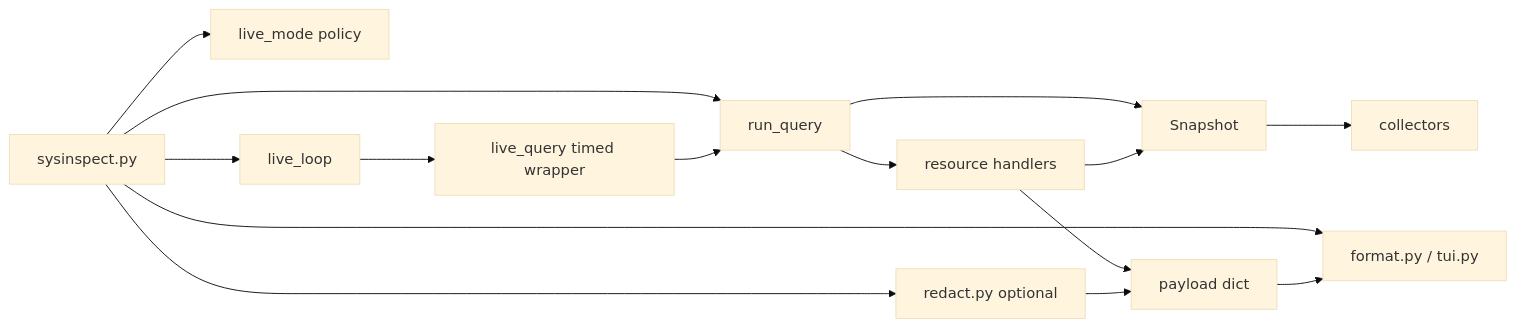
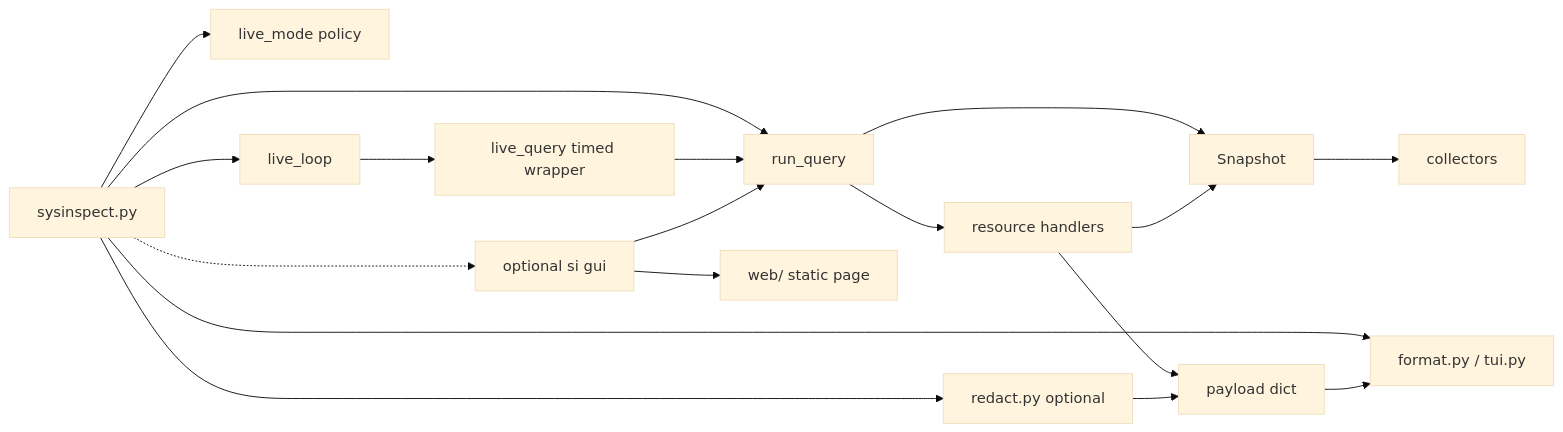
The diagram in ARCHITECTURE.md (nnapkin12/System-Inspector), drawn with Mermaid (base theme) before and after one commit. The commit also changed other lines of this file and 20 other files, not shown here.

````diff
--- a/ARCHITECTURE.md
+++ b/ARCHITECTURE.md
@@ -7,17 +7,20 @@
 ```mermaid
 flowchart LR
   CLI[sysinspect.py] --> LM[live_mode policy]
   CLI --> RQ[run_query]
   RQ --> SNAP[Snapshot]
   SNAP --> COL[collectors]
   RQ --> RES[resource handlers]
   RES --> SNAP
   CLI --> LL[live_loop]
   LL --> LQ[live_query timed wrapper]
   LQ --> RQ
   CLI --> FMT[format.py / tui.py]
   RES --> OUT[payload dict]
   OUT --> FMT
   CLI --> RED[redact.py optional]
   RED --> OUT
+  CLI -.-> GUI[optional si gui]
+  GUI --> RQ
+  GUI --> WEB[web/ static page]
 ```
````
